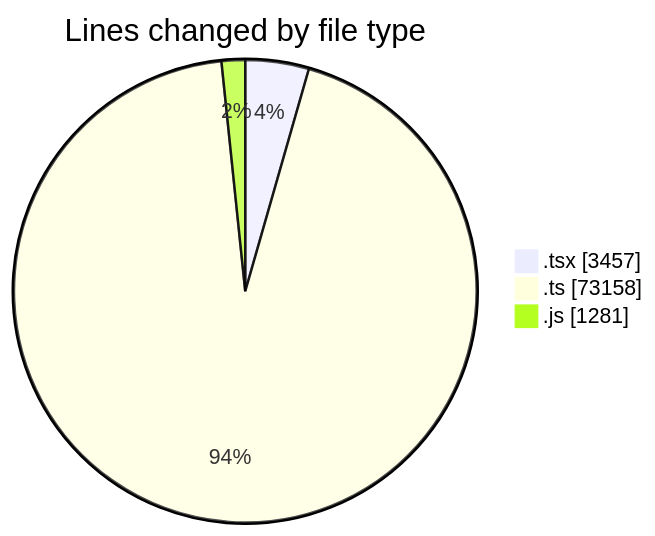
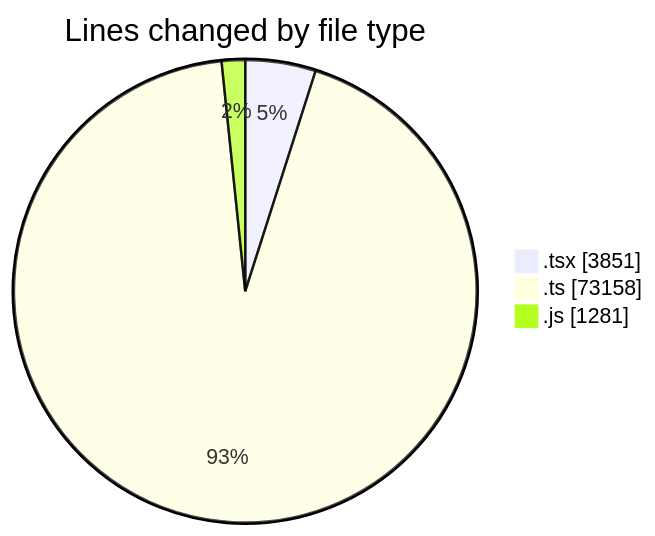
The first of 2 diagrams in 2026-11-09/cda/README.md (momahboobian/code-tracking), drawn with Mermaid before and after one commit. The commit also changed other lines of this file and 1 other file, not shown here.

````diff
--- a/2026-11-09/cda/README.md
+++ b/2026-11-09/cda/README.md
@@ -54,7 +55,7 @@
 ```mermaid
 pie showData
 title Lines changed by file type
-".tsx" : 3457
+".tsx" : 3851
 ".ts" : 73158
 ".js" : 1281
 ```
````
